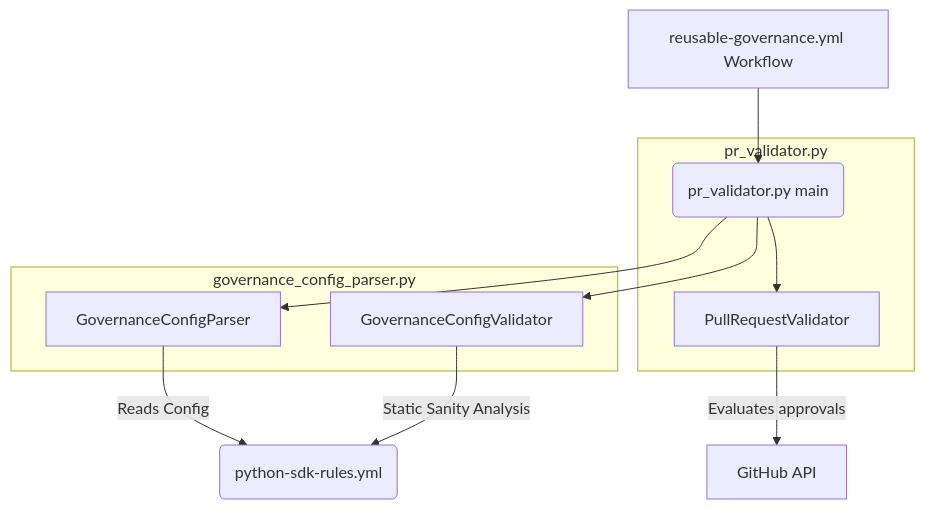
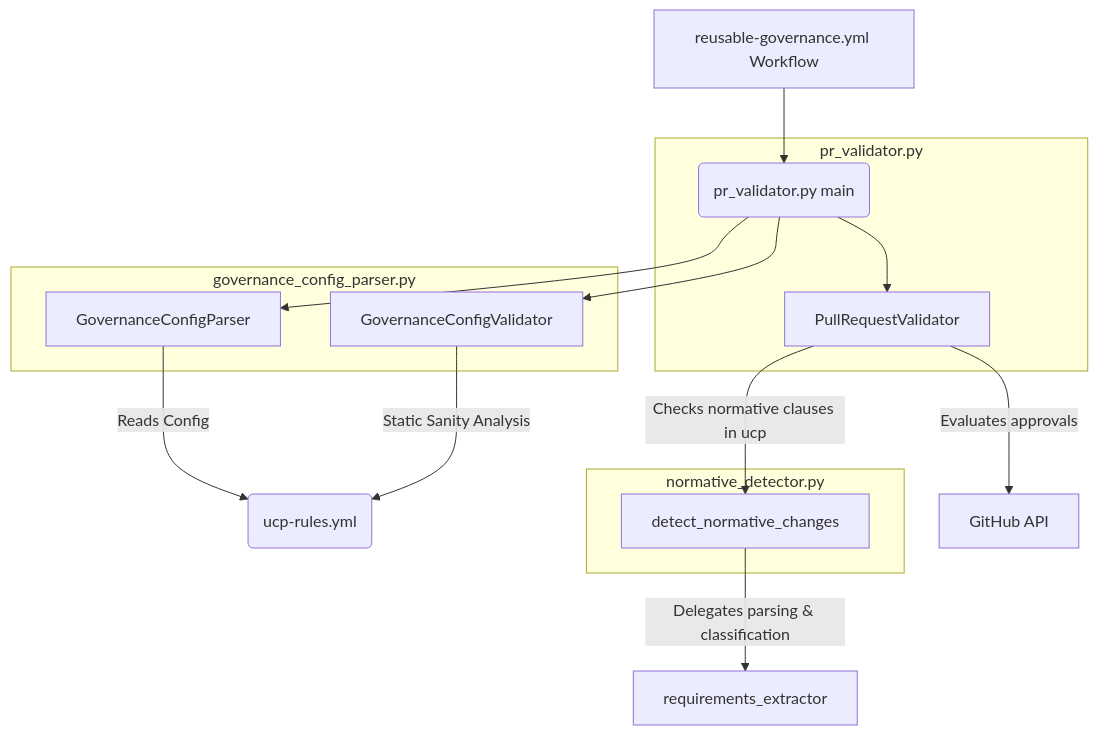
Before and after one commit to Universal-Commerce-Protocol/.github: the diagram in org-tools/governance/README.md, drawn with Mermaid. The commit also changed other lines of this file and 11 other files, not shown here.

Commit message:
feat(governance): escalate normative RFC 2119 clause changes in ucp to Level 3

````diff
--- a/org-tools/governance/README.md
+++ b/org-tools/governance/README.md
@@ -11,18 +11,24 @@
 ```mermaid
 graph TD
     A[reusable-governance.yml Workflow] --> B(pr_validator.py main)
     subgraph pr_validator.py
         B
         E[PullRequestValidator]
     end
     subgraph governance_config_parser.py
         C[GovernanceConfigParser]
         D[GovernanceConfigValidator]
     end
+    subgraph normative_detector.py
+        H[detect_normative_changes]
+    end
+    I[requirements_extractor]
     B --> C
     B --> D
     B --> E
-    C -->|Reads Config| F(python-sdk-rules.yml)
+    C -->|Reads Config| F(ucp-rules.yml)
     D -->|Static Sanity Analysis| F
+    E -->|Checks normative clauses in ucp| H
+    H -->|Delegates parsing & classification| I
     E -->|Evaluates approvals| G[GitHub API]
 ```
````
